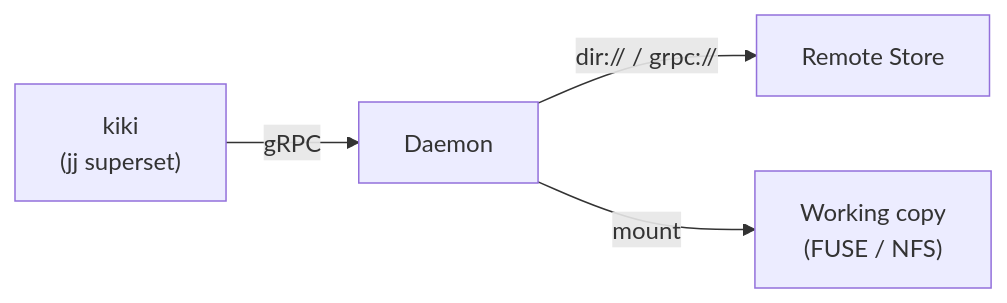
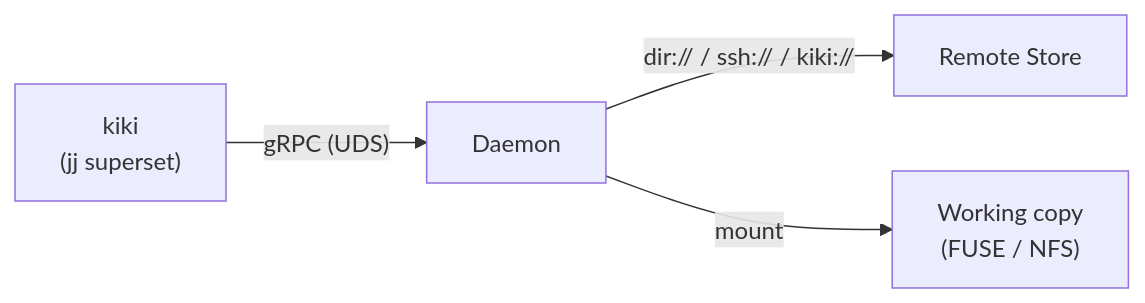
The diagram in README.md (ahimsalabs/kiki), drawn with Mermaid before and after one commit. The commit also changed other lines of this file and 1 other file, not shown here.

First line of the commit message:
update README and User Guide for new daemon lifecycle

````diff
--- a/README.md
+++ b/README.md
@@ -81,6 +79,6 @@
 ```mermaid
 graph LR
-    CLI["kiki<br/>(jj superset)"] -- gRPC --> Daemon
-    Daemon -- "dir:// / grpc://" --> Remote["Remote Store"]
+    CLI["kiki<br/>(jj superset)"] -- "gRPC (UDS)" --> Daemon
+    Daemon -- "dir:// / ssh:// / kiki://" --> Remote["Remote Store"]
     Daemon -- mount --> VFS["Working copy<br/>(FUSE / NFS)"]
 ```
````
